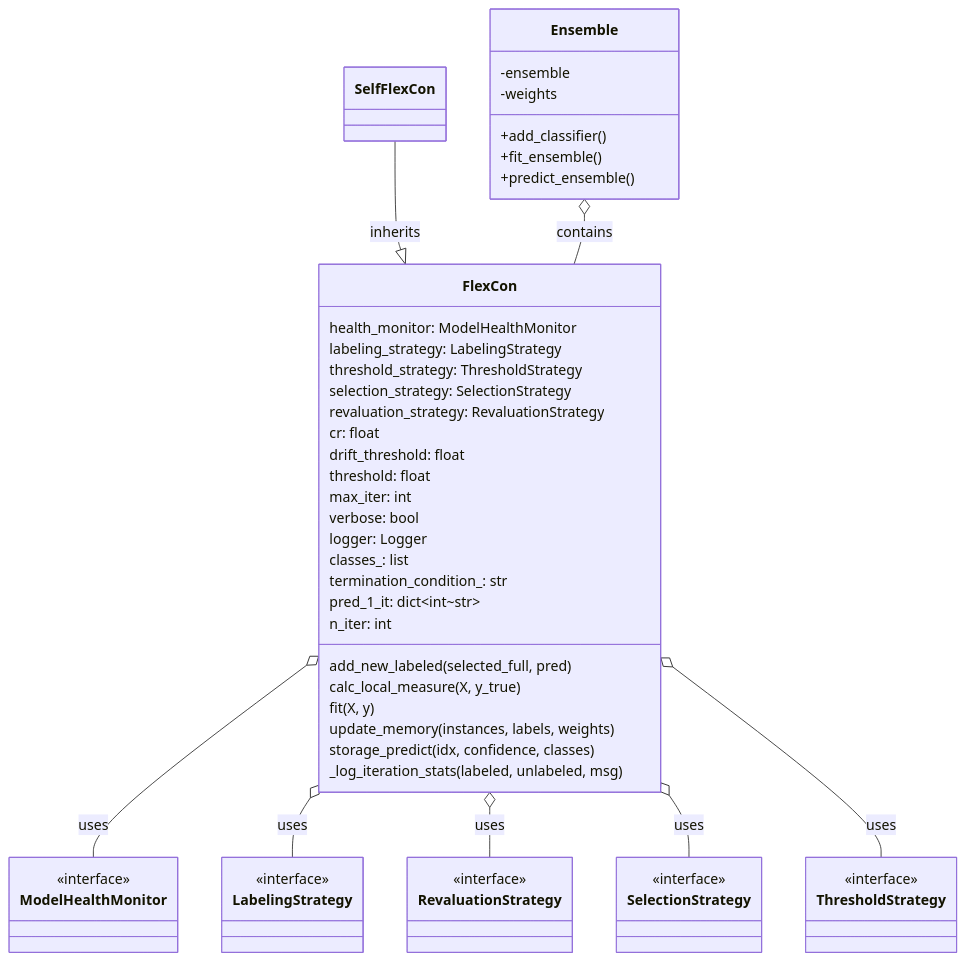
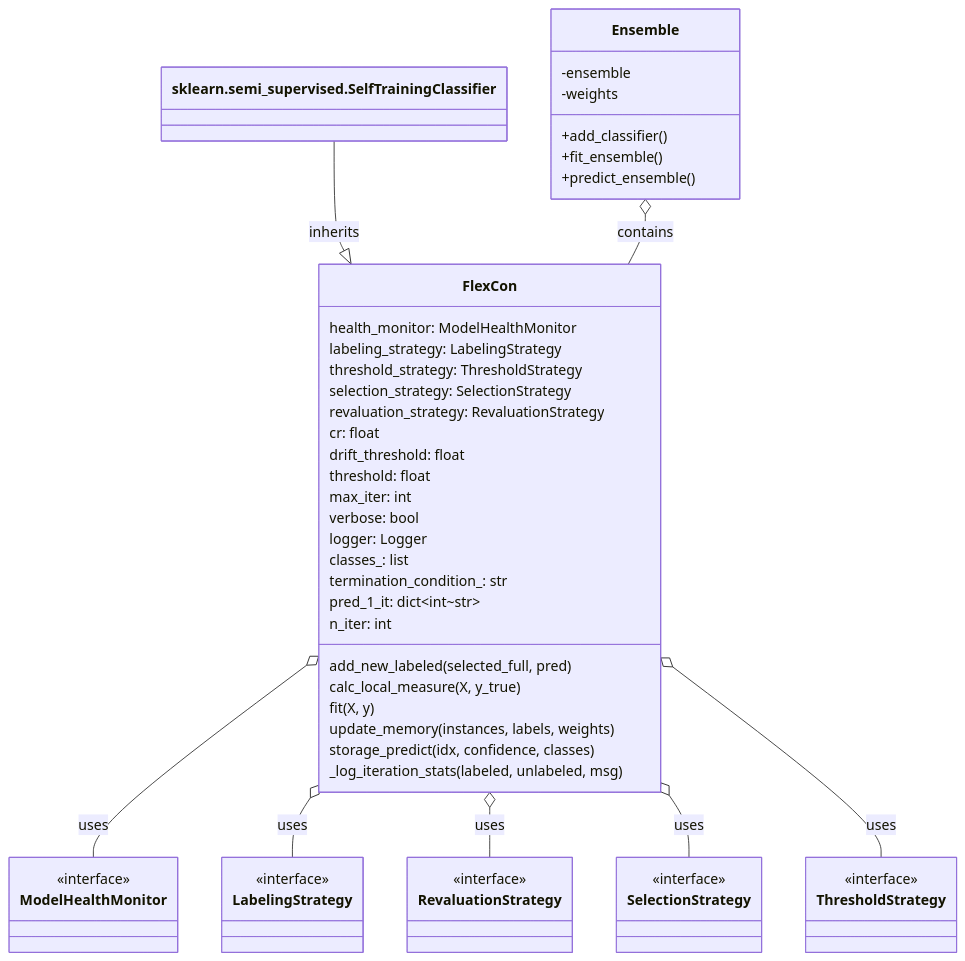
Before and after one commit to labican-ufrn/semi-supervised-learning: the first of 7 diagrams in docs/flexcon.md, drawn with Mermaid.

Commit message:
docs(classDiagram): fix dependency from external lib

````diff
--- a/docs/flexcon.md
+++ b/docs/flexcon.md
@@ -3,55 +3,55 @@
 ```mermaid
 classDiagram
     class ModelHealthMonitor <<interface>>
     class LabelingStrategy <<interface>>
     class RevaluationStrategy <<interface>>
     class SelectionStrategy <<interface>>
     class ThresholdStrategy <<interface>>
 
     %% Core Classes
     class FlexCon {
         %% deps injection
         health_monitor: ModelHealthMonitor
         labeling_strategy: LabelingStrategy
         threshold_strategy: ThresholdStrategy
         selection_strategy: SelectionStrategy
         revaluation_strategy: RevaluationStrategy
 
         cr: float
         drift_threshold: float
         threshold: float
         max_iter: int
         verbose: bool
         logger: Logger
 
         classes_: list
         termination_condition_: str
         pred_1_it: dict~int~str~
         n_iter: int
 
         add_new_labeled(selected_full, pred)
         calc_local_measure(X, y_true)
         fit(X, y)
         update_memory(instances, labels, weights)
         storage_predict(idx, confidence, classes)
         %% private modules
         _log_iteration_stats(labeled, unlabeled, msg)
     }
 
     class Ensemble {
         -ensemble
         -weights
         +add_classifier()
         +fit_ensemble()
         +predict_ensemble()
     }
 
     FlexCon o-- ModelHealthMonitor : uses
     FlexCon o-- LabelingStrategy : uses
     FlexCon o-- RevaluationStrategy : uses
     FlexCon o-- SelectionStrategy : uses
     FlexCon o-- ThresholdStrategy : uses
-    SelfFlexCon --|> FlexCon : inherits
+    sklearn.semi_supervised.SelfTrainingClassifier --|> FlexCon : inherits
 
     Ensemble o-- FlexCon : contains
 ```
````
